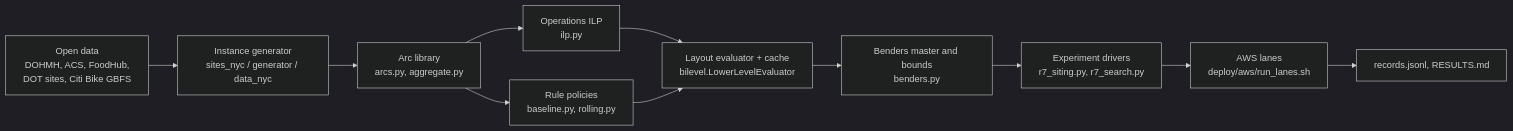
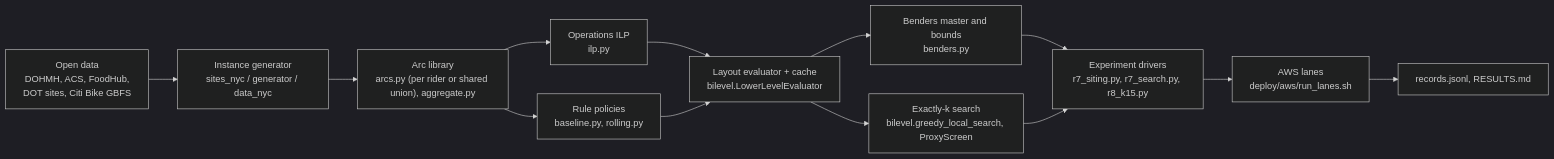
One commit to yuanmingchen922/Ebike_battey_swap changed the diagram in README.md. Above: the diagram before and after it, drawn with Mermaid (dark theme). The commit also changed other lines of this file and 61 other files, not shown here.

First line of the commit message:
Round 8: fifteen-site Manhattan study, union arc library, new README

````diff
--- a/README.md
+++ b/README.md
@@ -117,13 +156,15 @@
 ```mermaid
 flowchart LR
     A["Open data<br/>DOHMH, ACS, FoodHub,<br/>DOT sites, Citi Bike GBFS"] --> B["Instance generator<br/>sites_nyc / generator / data_nyc"]
-    B --> C["Arc library<br/>arcs.py, aggregate.py"]
+    B --> C["Arc library<br/>arcs.py (per rider or shared union), aggregate.py"]
     C --> D["Operations ILP<br/>ilp.py"]
     C --> E["Rule policies<br/>baseline.py, rolling.py"]
     D --> F["Layout evaluator + cache<br/>bilevel.LowerLevelEvaluator"]
     E --> F
     F --> G["Benders master and bounds<br/>benders.py"]
-    G --> H["Experiment drivers<br/>r7_siting.py, r7_search.py"]
+    F --> K["Exactly-k search<br/>bilevel.greedy_local_search, ProxyScreen"]
+    G --> H["Experiment drivers<br/>r7_siting.py, r7_search.py, r8_k15.py"]
+    K --> H
     H --> I["AWS lanes<br/>deploy/aws/run_lanes.sh"]
     I --> J["records.jsonl, RESULTS.md"]
 ```
````
